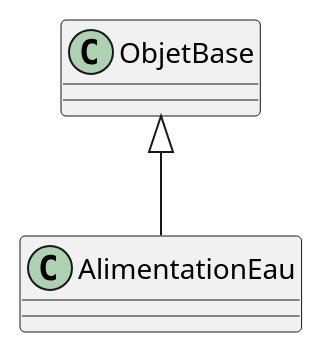
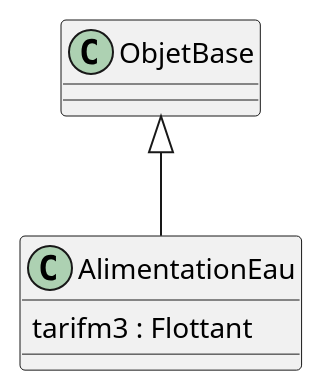
The diagram in src/class/include/alimentationEau.iuml (beerfactory/brewbox-uml), drawn with PlantUML before and after one commit.

```diff
--- a/src/class/include/alimentationEau.iuml
+++ b/src/class/include/alimentationEau.iuml
@@ -1,5 +1,6 @@
 class AlimentationEau {
-	
+	tarifm3 : Flottant
+
 }
 
 ObjetBase <|-- AlimentationEau
```
